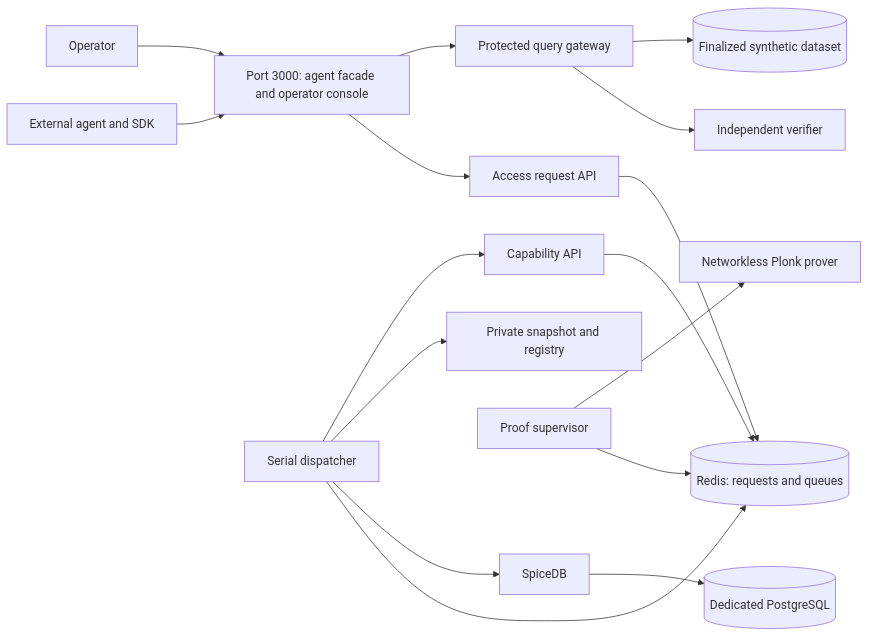
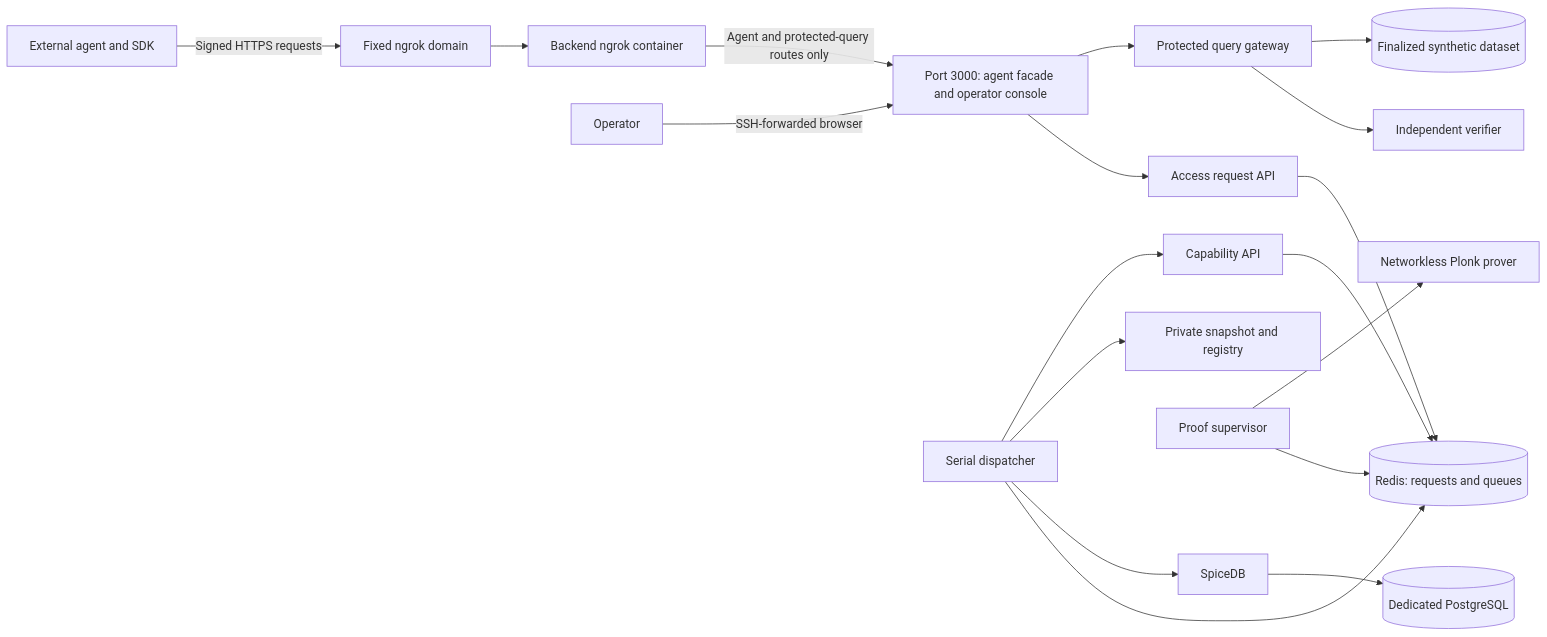
Before and after one commit to gitaalekhyapaul/hypha-backend: the diagram in docs/runbooks/M6-LIVE-VM.md, drawn with Mermaid. The commit also changed other lines of this file and 20 other files, not shown here.

Commit message:
Add fixed-domain Docker ngrok ingress for the agent demo

````diff
--- a/docs/runbooks/M6-LIVE-VM.md
+++ b/docs/runbooks/M6-LIVE-VM.md
@@ -22,18 +22,20 @@
 ```mermaid
 flowchart LR
-  Agent[External agent and SDK] --> Console[Port 3000: agent facade and operator console]
+  Agent[External agent and SDK] -->|Signed HTTPS requests| Edge[Fixed ngrok domain]
+  Edge --> Tunnel[Backend ngrok container]
+  Tunnel -->|Agent and protected-query routes only| Console[Port 3000: agent facade and operator console]
   Console --> Inbox[Access request API]
-  Operator[Operator] --> Console
+  Operator[Operator] -->|SSH-forwarded browser| Console
   Inbox --> Redis[(Redis: requests and queues)]
   Dispatcher[Serial dispatcher] --> Redis
   Dispatcher --> SpiceDB[SpiceDB]
   SpiceDB --> PG[(Dedicated PostgreSQL)]
   Dispatcher --> Snapshot[Private snapshot and registry]
   Dispatcher --> API[Capability API]
   API --> Redis
   Worker[Proof supervisor] --> Redis
   Worker --> Prover[Networkless Plonk prover]
   Console --> Gateway[Protected query gateway]
   Gateway --> Verifier[Independent verifier]
   Gateway --> Data[(Finalized synthetic dataset)]
 ```
````
